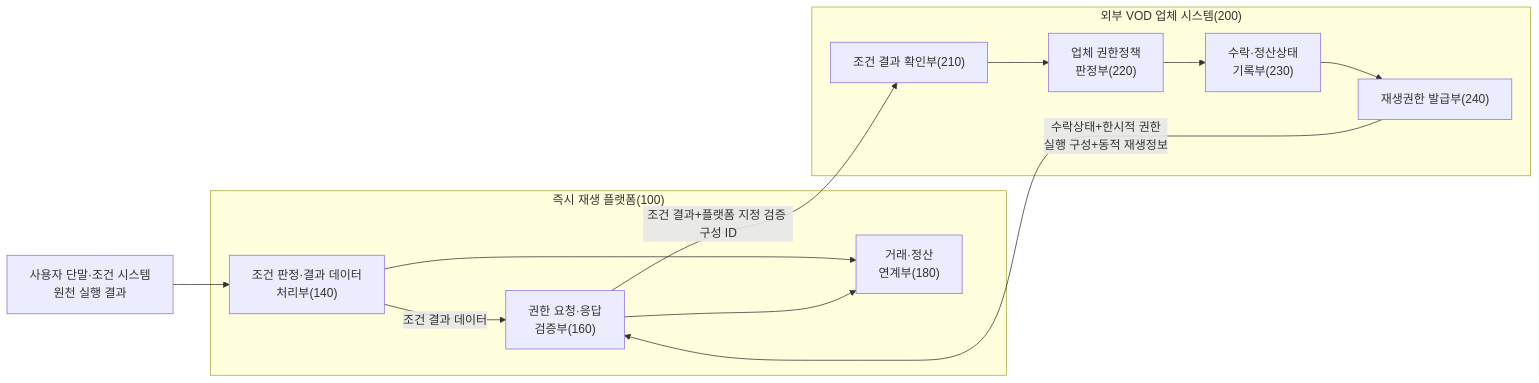
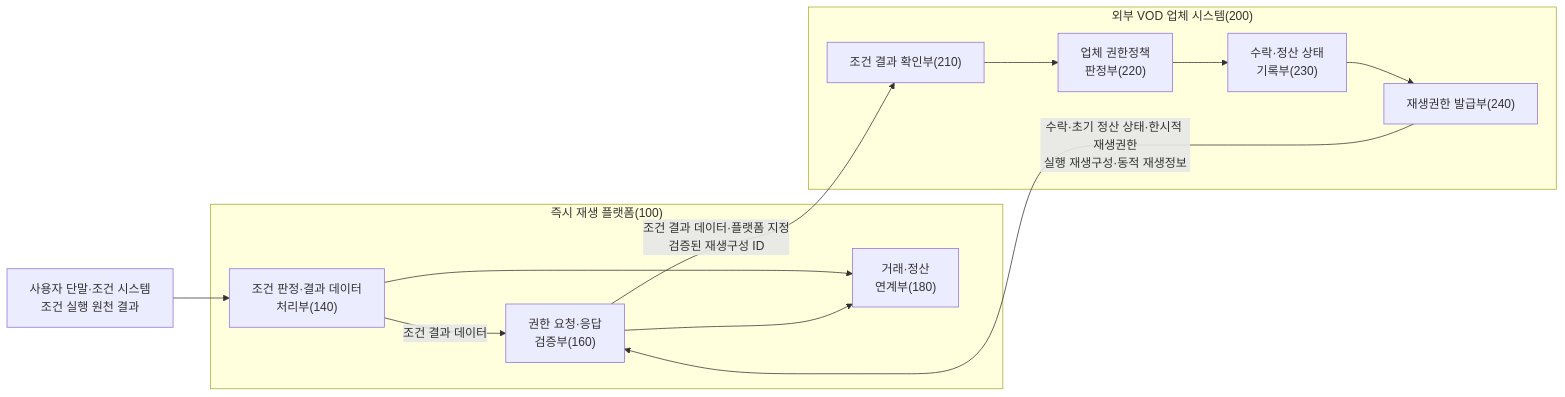
One commit to growdai1y/instant-play changed the third of 14 diagrams in instant_play_직무발명서_개선본.md. Above: the diagram before and after it, drawn with Mermaid. The commit also changed other lines of this file and 10 other files, not shown here.

````diff
--- a/instant_play_직무발명서_개선본.md
+++ b/instant_play_직무발명서_개선본.md
@@ -207,29 +207,29 @@
 ```mermaid
 flowchart LR
-    SOURCE["사용자 단말·조건 시스템<br/>원천 실행 결과"]
+    SOURCE["사용자 단말·조건 시스템<br/>조건 실행 원천 결과"]
 
     subgraph PLATFORM["즉시 재생 플랫폼(100)"]
         CONDITION["조건 판정·결과 데이터<br/>처리부(140)"]
         GRANT["권한 요청·응답<br/>검증부(160)"]
         SETTLE["거래·정산<br/>연계부(180)"]
 
         CONDITION -->|"조건 결과 데이터"| GRANT
         CONDITION --> SETTLE
         GRANT --> SETTLE
     end
 
     subgraph PROVIDER["외부 VOD 업체 시스템(200)"]
         RESULTCHECK["조건 결과 확인부(210)"]
         RIGHTSCHECK["업체 권한정책<br/>판정부(220)"]
-        RECORD["수락·정산상태<br/>기록부(230)"]
+        RECORD["수락·정산 상태<br/>기록부(230)"]
         ISSUE["재생권한 발급부(240)"]
 
         RESULTCHECK --> RIGHTSCHECK
         RIGHTSCHECK --> RECORD
         RECORD --> ISSUE
     end
 
     SOURCE --> CONDITION
-    GRANT -->|"조건 결과+플랫폼 지정 검증 구성 ID"| RESULTCHECK
-    ISSUE -->|"수락상태+한시적 권한<br/>실행 구성+동적 재생정보"| GRANT
+    GRANT -->|"조건 결과 데이터·플랫폼 지정<br/>검증된 재생구성 ID"| RESULTCHECK
+    ISSUE -->|"수락·초기 정산 상태·한시적 재생권한<br/>실행 재생구성·동적 재생정보"| GRANT
 ```
````
